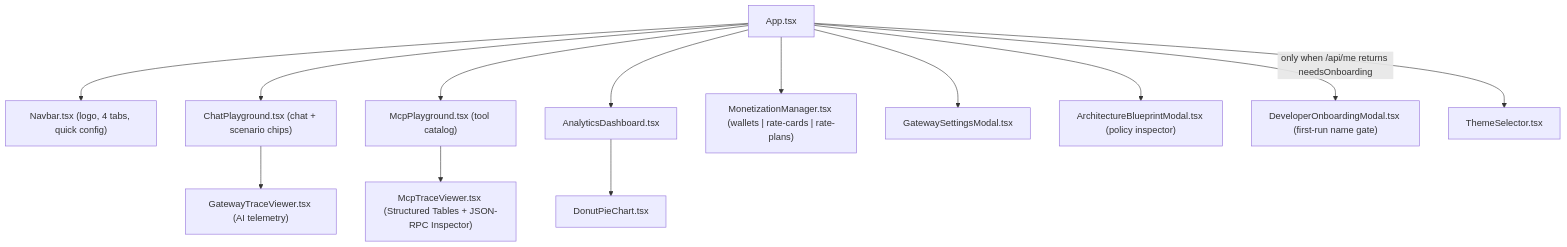
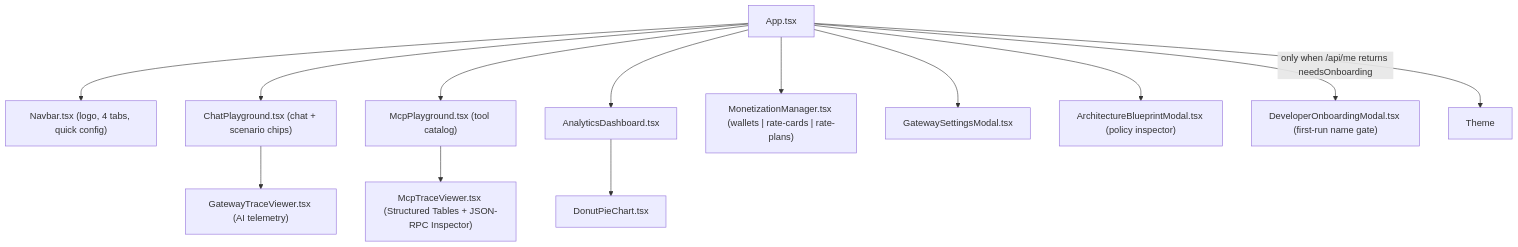
Before and after one commit to yem0428/apigee-ai-gateway-demo: the diagram in docs/ui_semantic_cache_and_governance_spec.md, drawn with Mermaid. The commit also changed other lines of this file and 7 other files, not shown here.

````diff
--- a/docs/ui_semantic_cache_and_governance_spec.md
+++ b/docs/ui_semantic_cache_and_governance_spec.md
@@ -67,29 +66,28 @@
 ```mermaid
 flowchart TD
     App["App.tsx"]
     Navbar["Navbar.tsx (logo, 4 tabs, quick config)"]
     Chat["ChatPlayground.tsx (chat + scenario chips)"]
     GTV["GatewayTraceViewer.tsx (AI telemetry)"]
     Mcp["McpPlayground.tsx (tool catalog)"]
     MTV["McpTraceViewer.tsx (Structured Tables + JSON-RPC Inspector)"]
     Analytics["AnalyticsDashboard.tsx"]
     Donut["DonutPieChart.tsx"]
     Money["MonetizationManager.tsx (wallets | rate-cards | rate-plans)"]
     Modal["GatewaySettingsModal.tsx"]
     Blueprint["ArchitectureBlueprintModal.tsx (policy inspector)"]
     Onboard["DeveloperOnboardingModal.tsx (first-run name gate)"]
-    Theme["ThemeSelector.tsx"]
 
     App --> Navbar
     App --> Chat
     App --> Mcp
     App --> Analytics
     App --> Money
     App --> Modal
     App --> Blueprint
     App -->|"only when /api/me returns needsOnboarding"| Onboard
     App --> Theme
     Chat --> GTV
     Mcp --> MTV
     Analytics --> Donut
 ```
````
